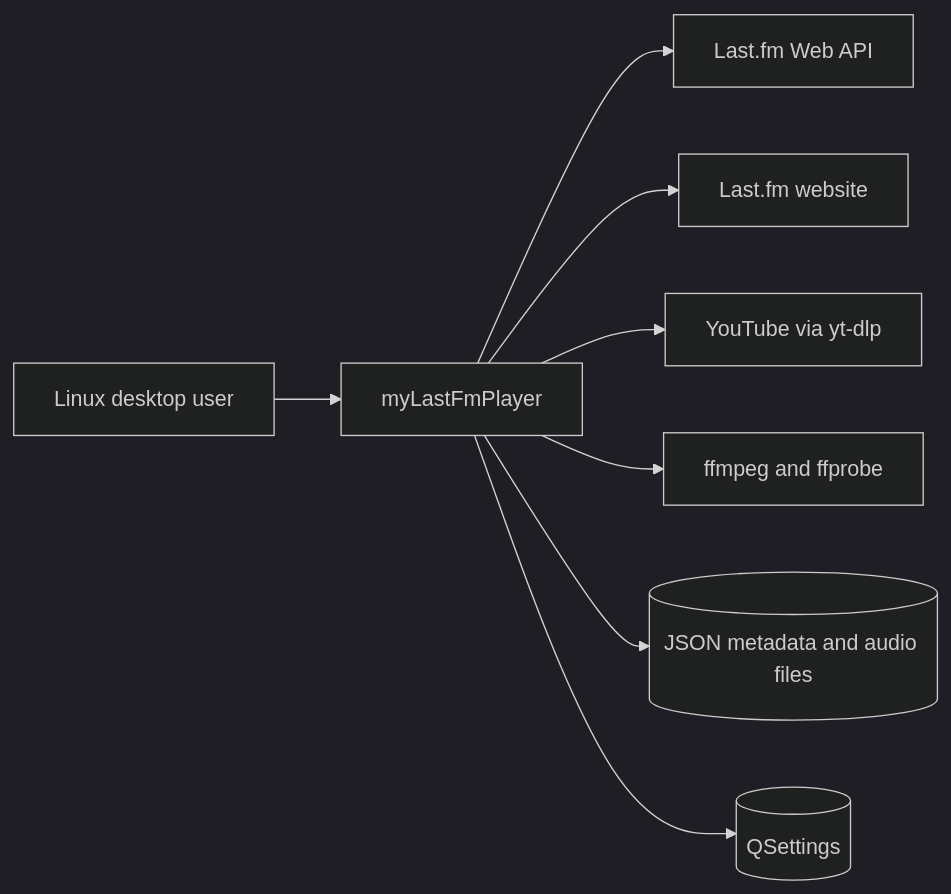
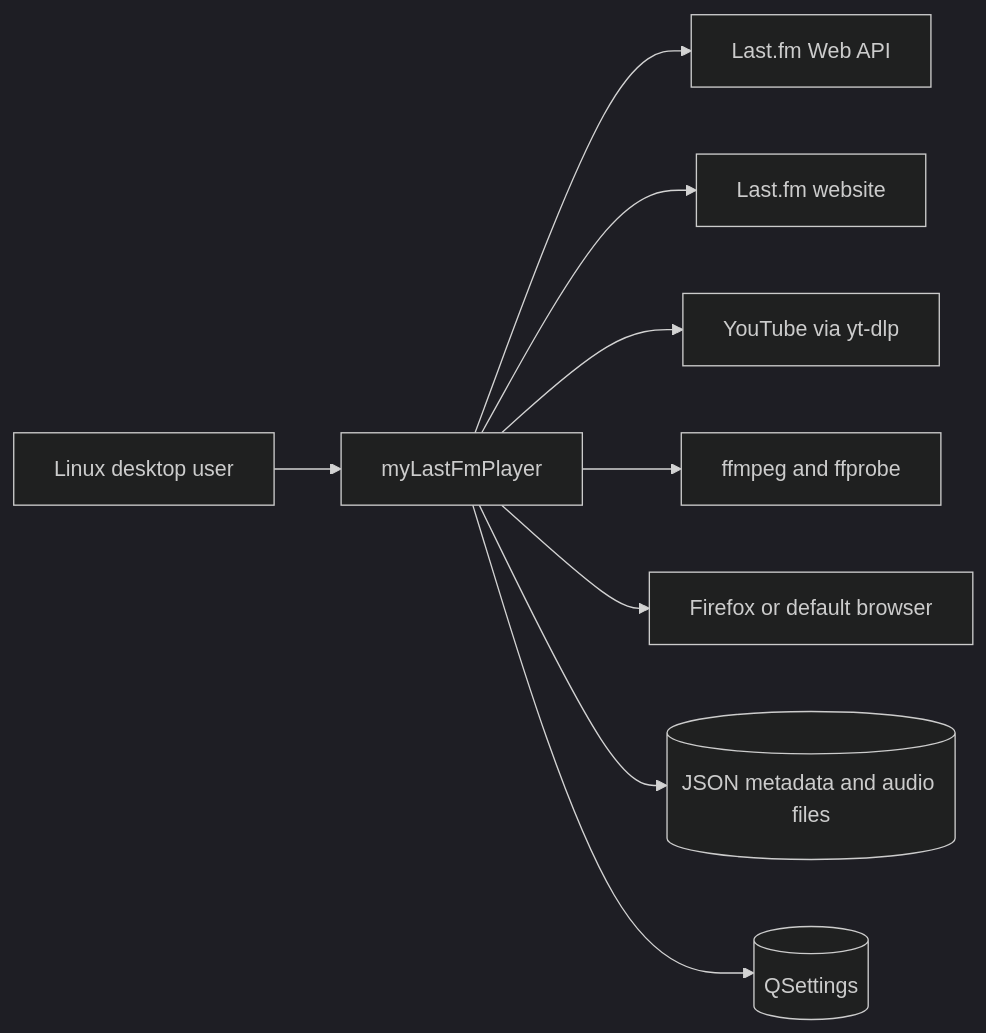
One commit to marcelpetrick/myLastFmPlayer changed the first of 6 diagrams in documents/03_ARCHITECTURE.md. Above: the diagram before and after it, drawn with Mermaid (dark theme). The commit also changed other lines of this file and 20 other files, not shown here.

First line of the commit message:
docs: review all Markdown, refresh architecture; pin UI construction by snapshots (v0.0.209)

````diff
--- a/documents/03_ARCHITECTURE.md
+++ b/documents/03_ARCHITECTURE.md
@@ -24,10 +25,11 @@
 ```mermaid
 flowchart LR
     User[Linux desktop user] --> App[myLastFmPlayer]
     App --> LastFmApi[Last.fm Web API]
     App --> LastFmWeb[Last.fm website]
     App --> YouTube[YouTube via yt-dlp]
     App --> Media[ffmpeg and ffprobe]
+    App --> Browser[Firefox or default browser]
     App --> Files[(JSON metadata and audio files)]
     App --> Settings[(QSettings)]
 ```
````
